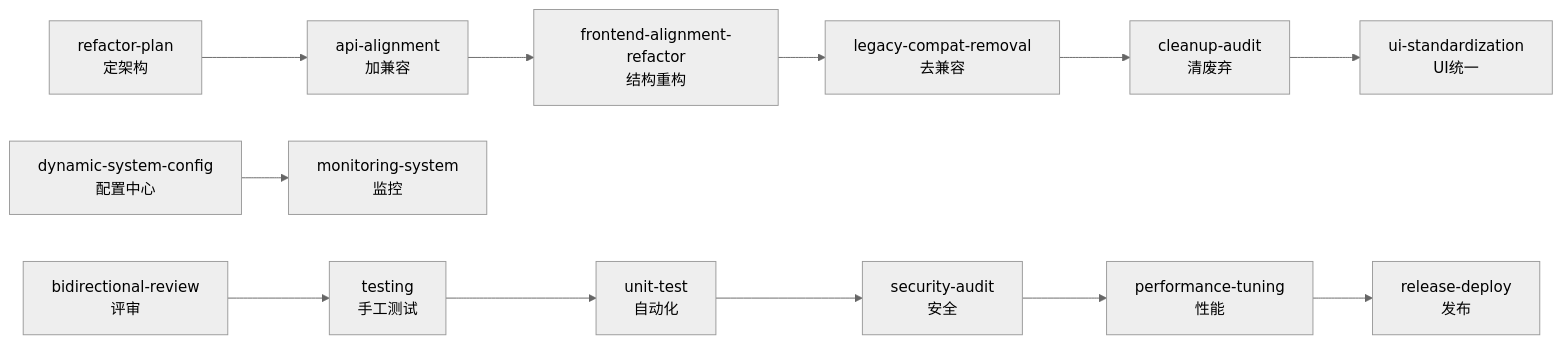
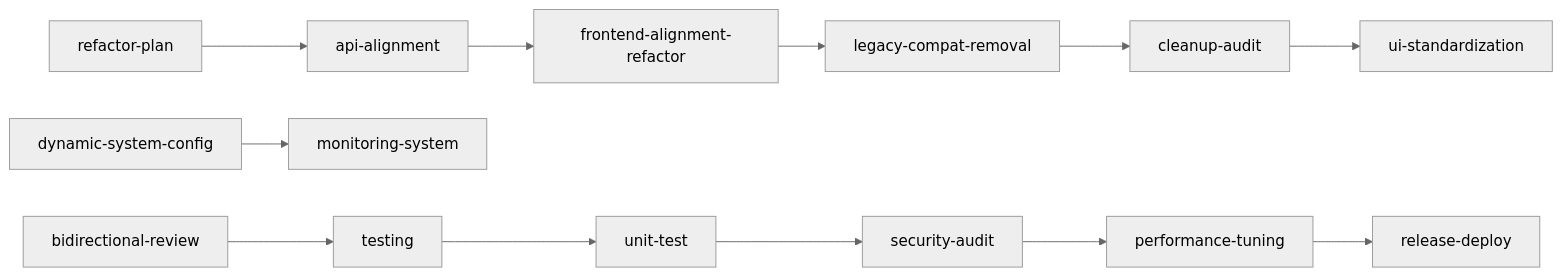
Before and after one commit to mymubit/demo_guo: the diagram in .cursor/skills/README.md, drawn with Mermaid (neutral theme). The commit also changed other lines of this file and 18 other files, not shown here.

````diff
--- a/.cursor/skills/README.md
+++ b/.cursor/skills/README.md
@@ -59,14 +33,14 @@
 ```mermaid
 flowchart LR
-  A[refactor-plan<br/>定架构] --> B[api-alignment<br/>加兼容]
-  B --> C[frontend-alignment-refactor<br/>结构重构]
-  C --> D[legacy-compat-removal<br/>去兼容]
-  D --> E[cleanup-audit<br/>清废弃]
-  E --> F[ui-standardization<br/>UI统一]
-  G[dynamic-system-config<br/>配置中心] --> H[monitoring-system<br/>监控]
-  I[bidirectional-review<br/>评审] --> J[testing<br/>手工测试]
-  J --> N[unit-test<br/>自动化]
-  N --> K[security-audit<br/>安全]
-  K --> M[performance-tuning<br/>性能]
-  M --> L[release-deploy<br/>发布]
+  A[refactor-plan] --> B[api-alignment]
+  B --> C[frontend-alignment-refactor]
+  C --> D[legacy-compat-removal]
+  D --> E[cleanup-audit]
+  E --> F[ui-standardization]
+  G[dynamic-system-config] --> H[monitoring-system]
+  I[bidirectional-review] --> J[testing]
+  J --> N[unit-test]
+  N --> K[security-audit]
+  K --> M[performance-tuning]
+  M --> L[release-deploy]
 ```
````
